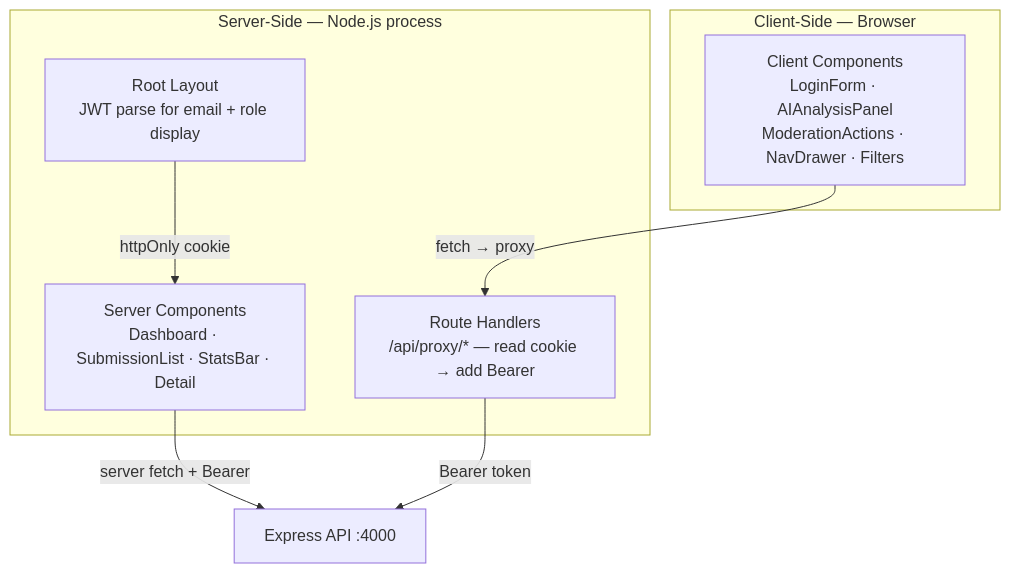
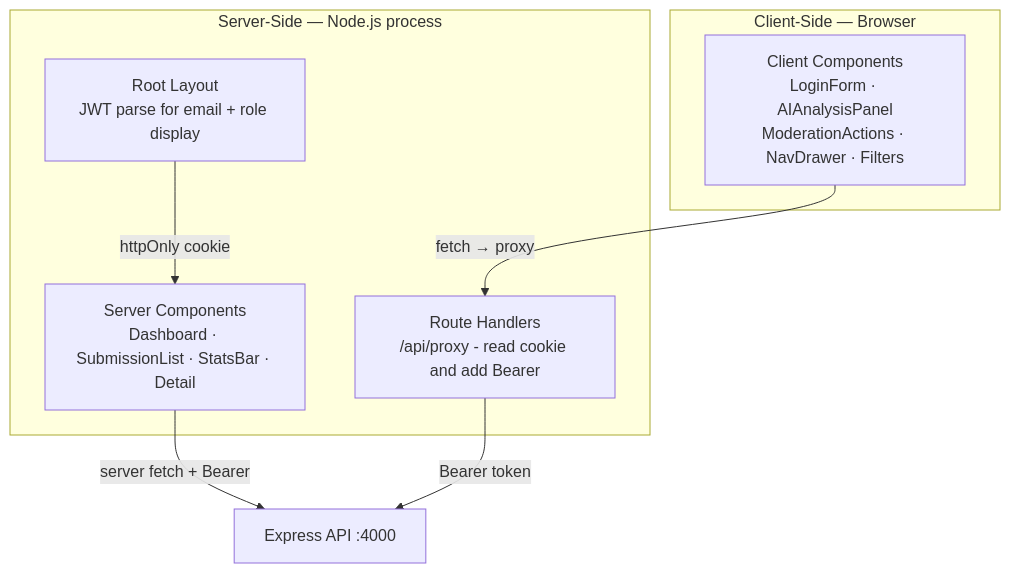
The fifth of 13 diagrams in README.md (Aryan4717/fullstack-l2-assignment), drawn with Mermaid before and after one commit. The commit also changed other lines of this file, not shown here.

Commit message:
repair unclosed Mermaid code fence and sanitize diagram syntax for GitHub renderer

````diff
--- a/README.md
+++ b/README.md
@@ -344,15 +344,15 @@
 ```mermaid
 graph TD
     subgraph Server["Server-Side — Node.js process"]
         SC[Server Components\nDashboard · SubmissionList · StatsBar · Detail]
         LAY[Root Layout\nJWT parse for email + role display]
-        PROXY[Route Handlers\n/api/proxy/* — read cookie → add Bearer]
+        PROXY[Route Handlers\n/api/proxy - read cookie and add Bearer]
     end
     subgraph Browser["Client-Side — Browser"]
         CC[Client Components\nLoginForm · AIAnalysisPanel\nModerationActions · NavDrawer · Filters]
     end
     SC -->|server fetch + Bearer| API[Express API :4000]
     CC -->|fetch → proxy| PROXY
     PROXY -->|Bearer token| API
     LAY -->|httpOnly cookie| SC
 ```
````
